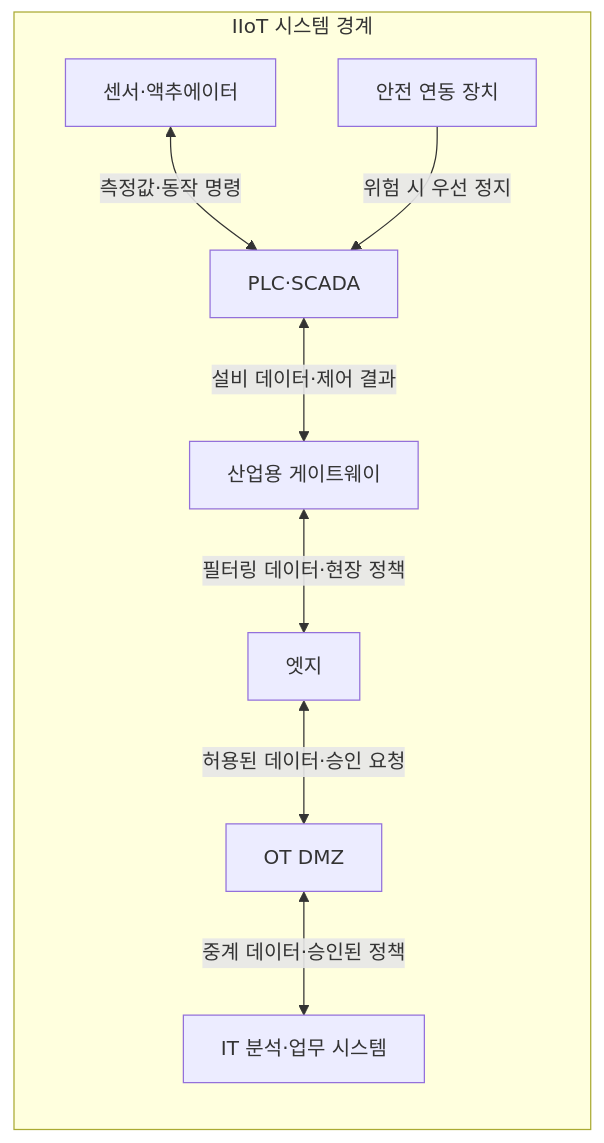
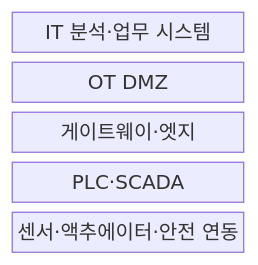
One commit to agnusdei1207/knowledge-base changed the first of 2 diagrams in src/content/docs/notes/04-network/080_industrial_iot.md. Above: the diagram before and after it, drawn with Mermaid. The commit also changed other lines of this file and 11 other files, not shown here.

````diff
--- a/src/content/docs/notes/04-network/080_industrial_iot.md
+++ b/src/content/docs/notes/04-network/080_industrial_iot.md
@@ -61,11 +57,9 @@
 ```mermaid
-flowchart LR
-    subgraph II[IIoT 시스템 경계]
-        F["센서·액추에이터"] <-->|"측정값·동작 명령"| P["PLC·SCADA"]
-        P <-->|"설비 데이터·제어 결과"| G["산업용 게이트웨이"]
-        G <-->|"필터링 데이터·현장 정책"| E["엣지"]
-        E <-->|"허용된 데이터·승인 요청"| D["OT DMZ"]
-        D <-->|"중계 데이터·승인된 정책"| I["IT 분석·업무 시스템"]
-        S["안전 연동 장치"] -->|"위험 시 우선 정지"| P
-    end
+block-beta
+    columns 1
+    IT["IT 분석·업무 시스템"]
+    DMZ["OT DMZ"]
+    EDGE["게이트웨이·엣지"]
+    CONTROL["PLC·SCADA"]
+    FIELD["센서·액추에이터·안전 연동"]
 ```
````
